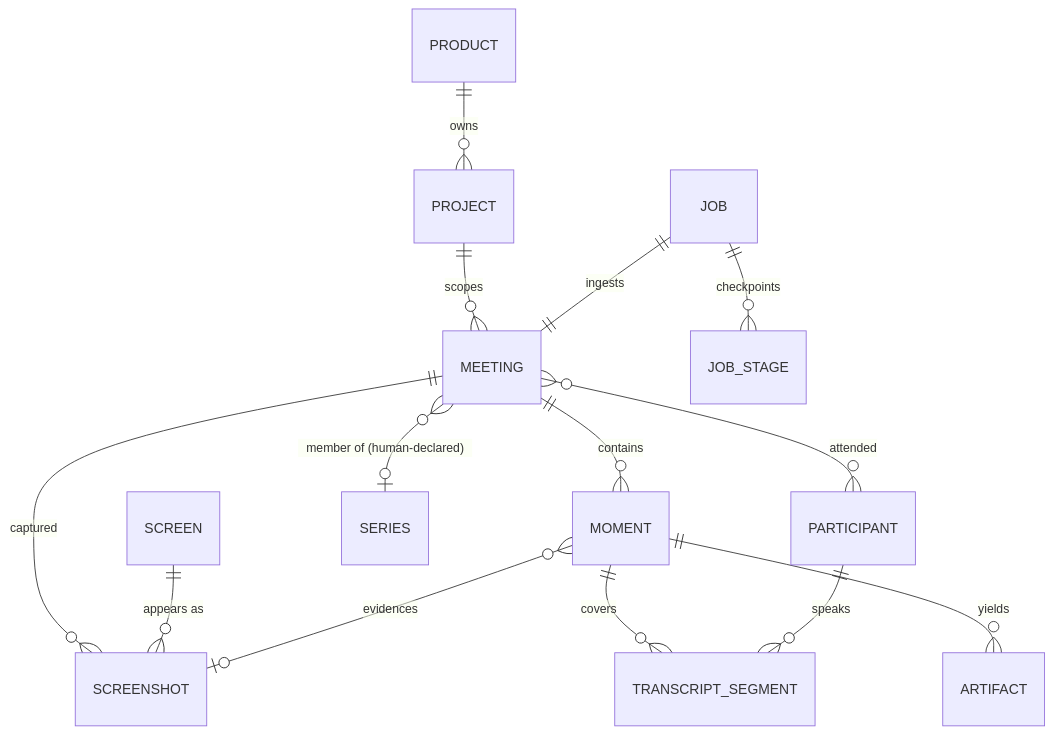
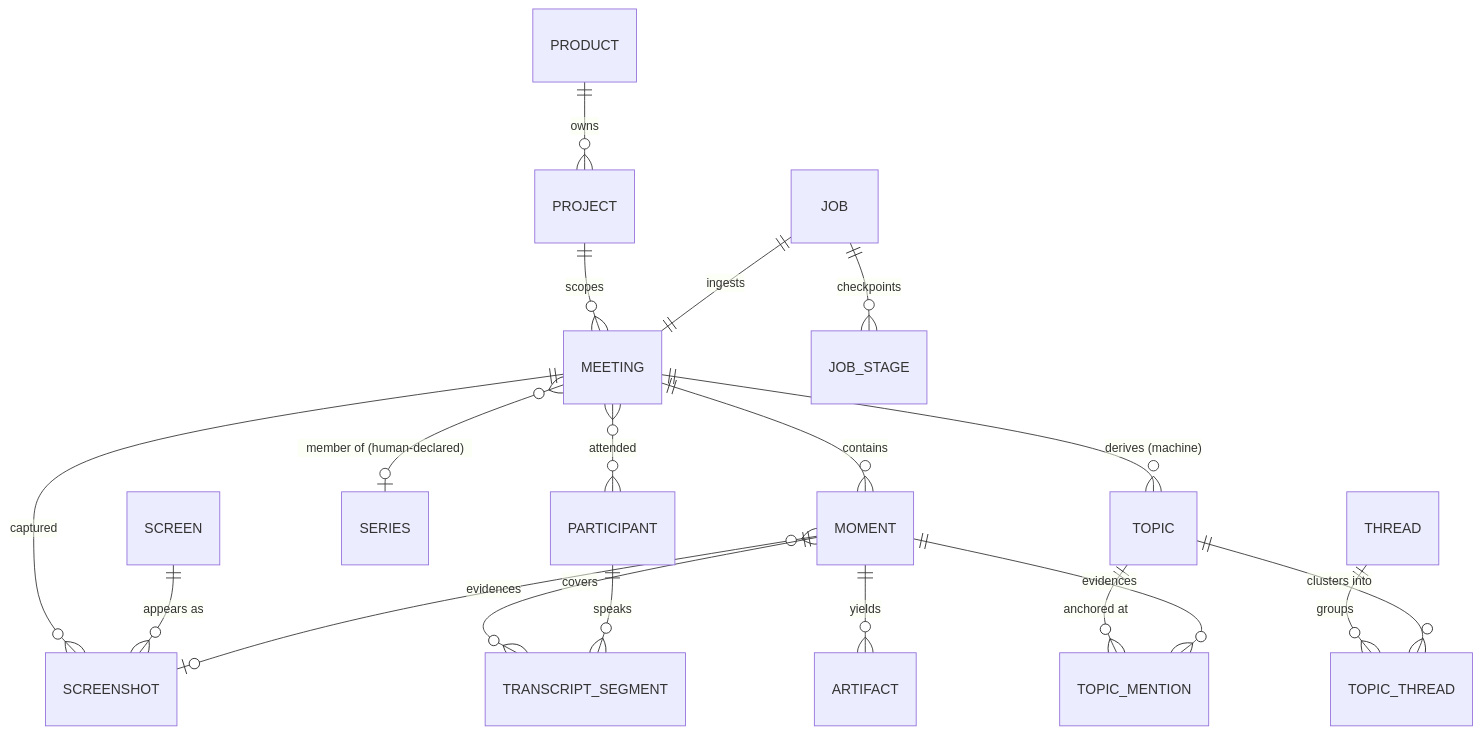
One commit to tgoeke/july-2026-ai-americas-cohort-meetingminer changed the sixth of 6 diagrams in _bmad-output/planning-artifacts/architecture/architecture-meetingminer-2026-08-16/ARCHITECTURE-SPINE.md. Above: the diagram before and after it, drawn with Mermaid. The commit also changed other lines of this file and 2 other files, not shown here.

First line of the commit message:
docs: reconcile the architecture spine with the built system

````diff
--- a/_bmad-output/planning-artifacts/architecture/architecture-meetingminer-2026-08-16/ARCHITECTURE-SPINE.md
+++ b/_bmad-output/planning-artifacts/architecture/architecture-meetingminer-2026-08-16/ARCHITECTURE-SPINE.md
@@ -362,16 +375,21 @@
 ```mermaid
 erDiagram
     MEETING ||--o{ MOMENT : contains
     MEETING ||--o{ SCREENSHOT : captured
     MEETING }o--o{ PARTICIPANT : attended
     MEETING }o--o| SERIES : "member of (human-declared)"
     PROJECT ||--o{ MEETING : scopes
     PRODUCT ||--o{ PROJECT : owns
     SCREEN ||--o{ SCREENSHOT : "appears as"
     MOMENT }o--o| SCREENSHOT : evidences
     MOMENT ||--o{ TRANSCRIPT_SEGMENT : covers
     MOMENT ||--o{ ARTIFACT : yields
     PARTICIPANT ||--o{ TRANSCRIPT_SEGMENT : speaks
     JOB ||--o{ JOB_STAGE : checkpoints
     JOB ||--|| MEETING : ingests
+    MEETING ||--o{ TOPIC : "derives (machine)"
+    TOPIC ||--o{ TOPIC_MENTION : "anchored at"
+    MOMENT ||--o{ TOPIC_MENTION : evidences
+    THREAD ||--o{ TOPIC_THREAD : groups
+    TOPIC ||--o{ TOPIC_THREAD : "clusters into"
 ```
````
